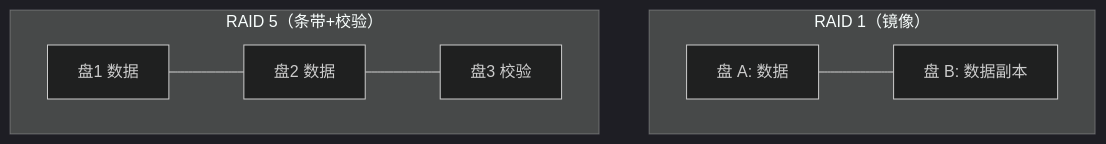
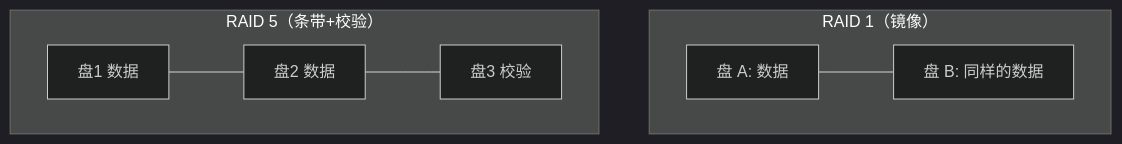
The diagram in docs/02-硬件选型/2.3-容量规划与RAID基础.md (cv-superding/nas-guide), drawn with Mermaid (dark theme) before and after one commit. The commit also changed other lines of this file and 3 other files, not shown here.

````diff
--- a/docs/02-硬件选型/2.3-容量规划与RAID基础.md
+++ b/docs/02-硬件选型/2.3-容量规划与RAID基础.md
@@ -50,9 +36,9 @@
 ```mermaid
 flowchart TB
-    subgraph RAID1["RAID 1（镜像）"]
-        A1[盘 A: 数据] --- A2[盘 B: 数据副本]
+    subgraph R1["RAID 1（镜像）"]
+        A1[盘 A: 数据] --- A2[盘 B: 同样的数据]
     end
-    subgraph RAID5["RAID 5（条带+校验）"]
+    subgraph R5["RAID 5（条带+校验）"]
         B1[盘1 数据] --- B2[盘2 数据] --- B3[盘3 校验]
     end
 ```
````
